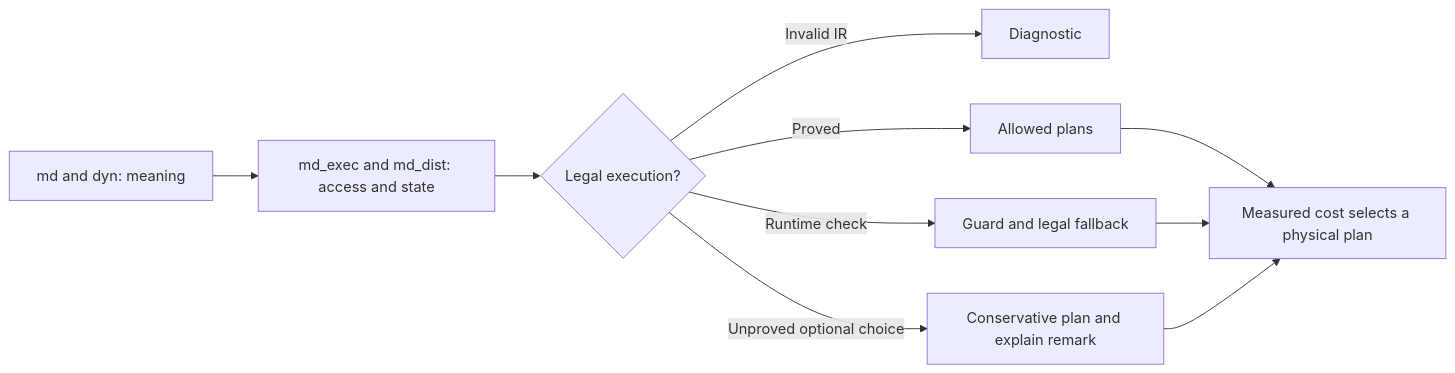
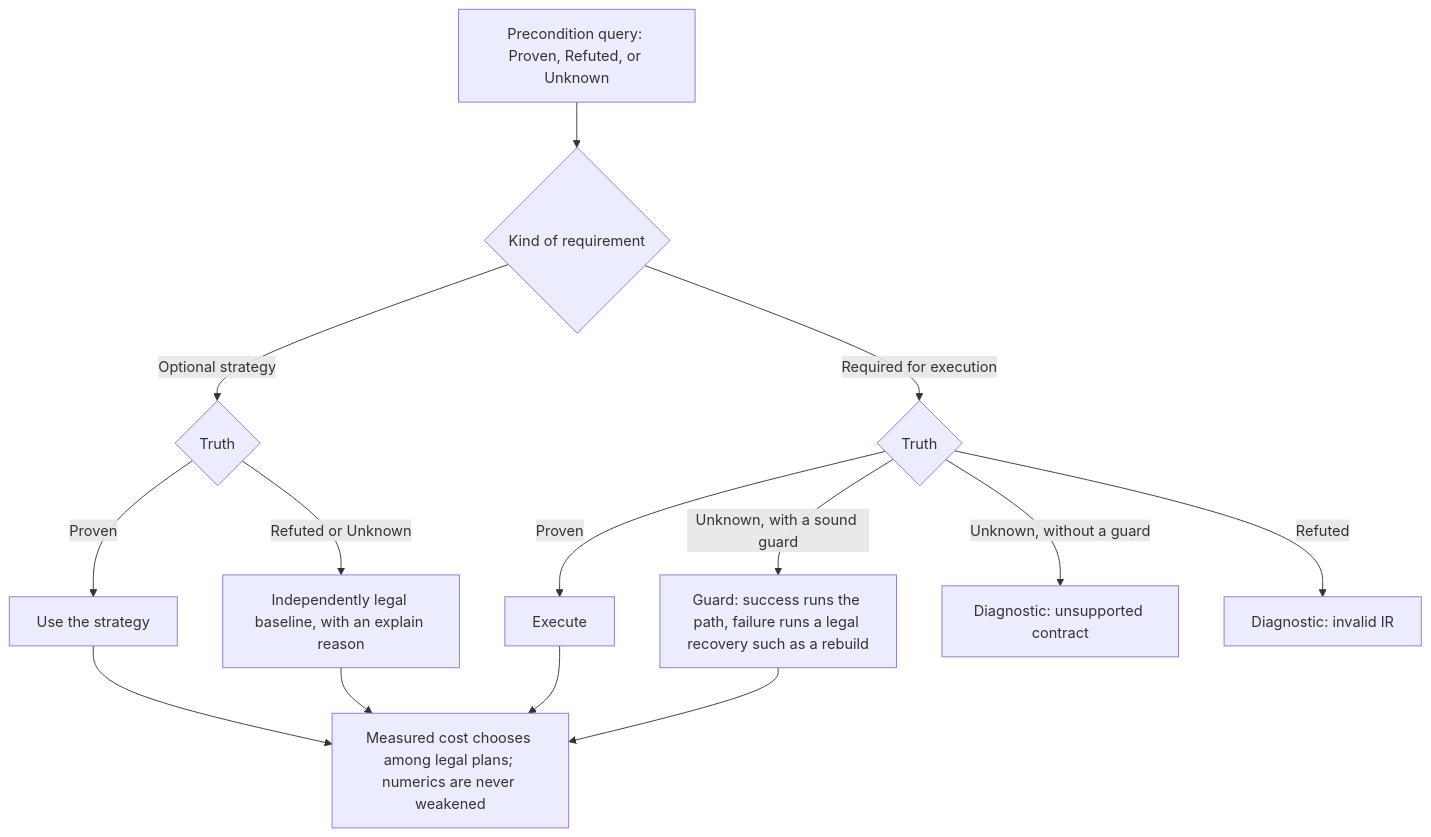
One commit to vv137/mdir changed the diagram in docs/execution-contracts.md. Above: the diagram before and after it, drawn with Mermaid. The commit also changed other lines of this file and 3 other files, not shown here.

Commit message:
Clarify execution contract failure categories and trust scope

````diff
--- a/docs/execution-contracts.md
+++ b/docs/execution-contracts.md
@@ -26,12 +26,16 @@
 ```mermaid
-flowchart LR
-    A[md and dyn: meaning] --> B[md_exec and md_dist: access and state]
-    B --> C{Legal execution?}
-    C -->|Invalid IR| D[Diagnostic]
-    C -->|Proved| E[Allowed plans]
-    C -->|Runtime check| F[Guard and legal fallback]
-    C -->|Unproved optional choice| G[Conservative plan and explain remark]
-    E --> H[Measured cost selects a physical plan]
-    F --> H
-    G --> H
+flowchart TD
+    Q[Precondition query: Proven, Refuted, or Unknown] --> K{Kind of requirement}
+    K -->|Optional strategy| O{Truth}
+    O -->|Proven| P[Use the strategy]
+    O -->|Refuted or Unknown| B[Independently legal baseline, with an explain reason]
+    K -->|Required for execution| R{Truth}
+    R -->|Proven| E[Execute]
+    R -->|Unknown, with a sound guard| G[Guard: success runs the path, failure runs a legal recovery such as a rebuild]
+    R -->|Unknown, without a guard| U[Diagnostic: unsupported contract]
+    R -->|Refuted| I[Diagnostic: invalid IR]
+    P --> C[Measured cost chooses among legal plans; numerics are never weakened]
+    B --> C
+    E --> C
+    G --> C
 ```
````
